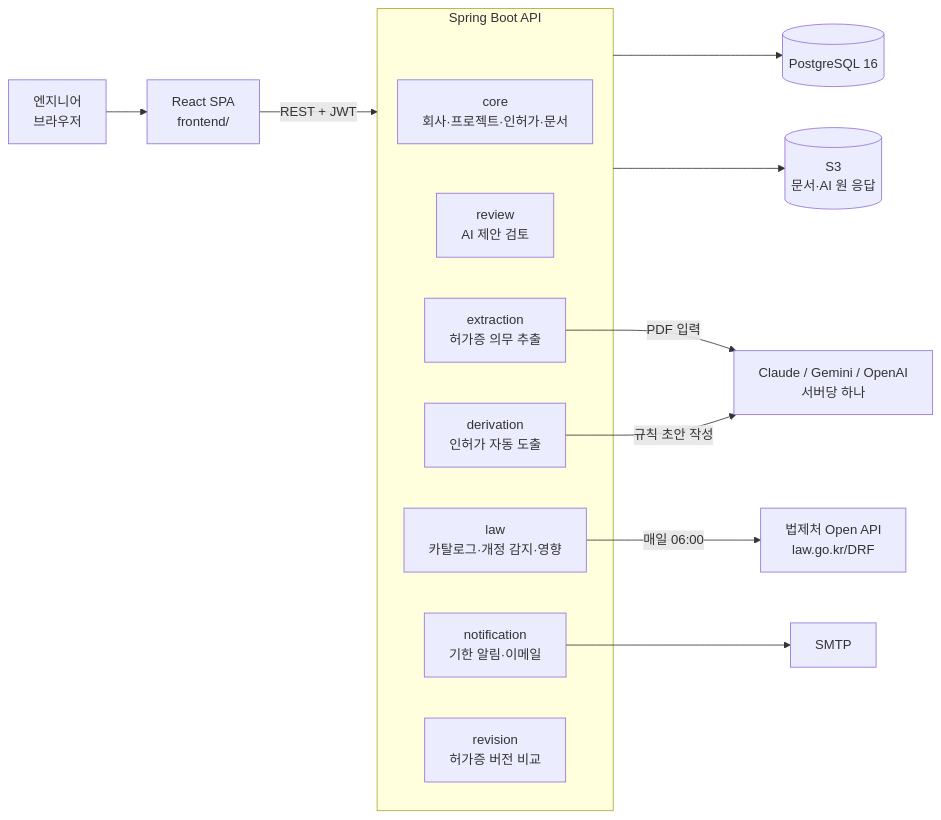
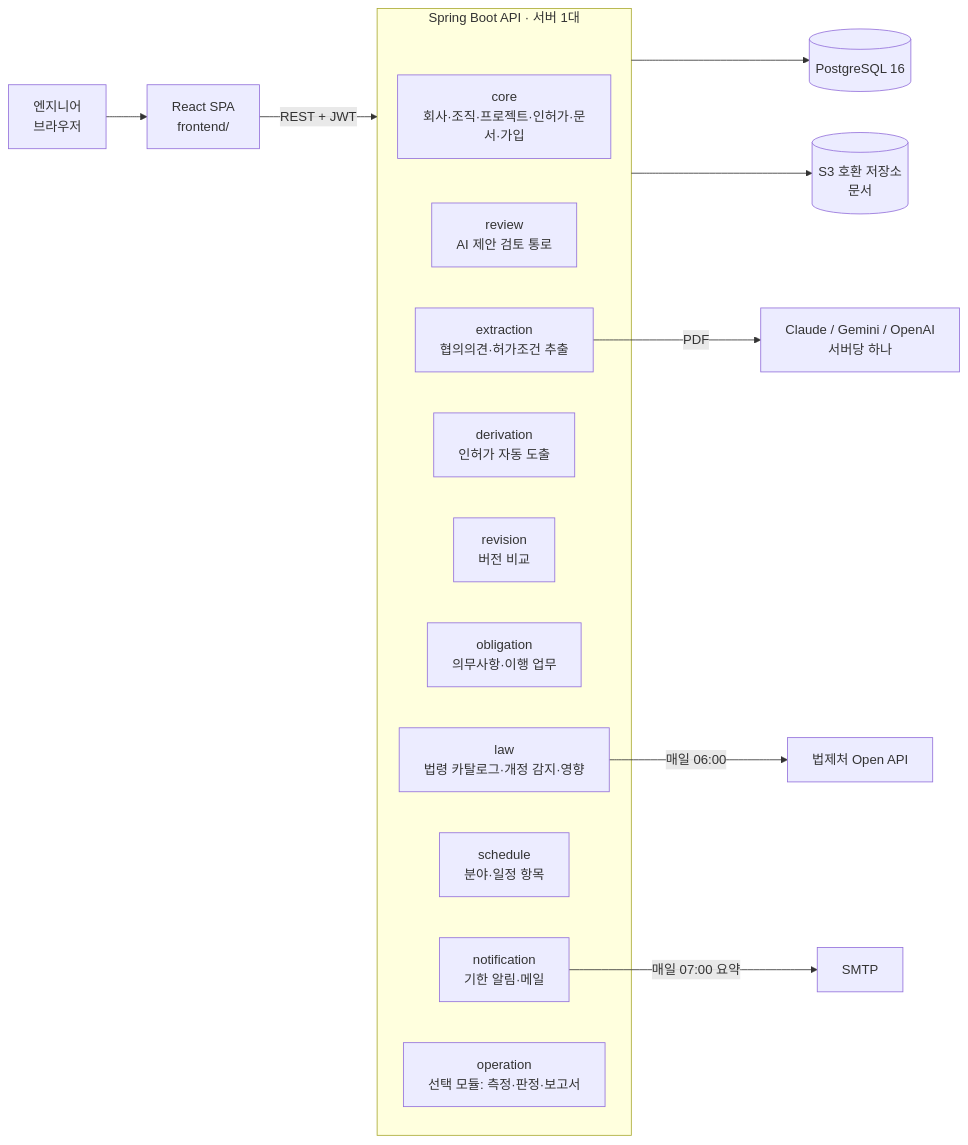
One commit to Dawit-lee/Environmental-License-System changed the first of 5 diagrams in docs/ARCHITECTURE.md. Above: the diagram before and after it, drawn with Mermaid. The commit also changed other lines of this file and 7 other files, not shown here.

Commit message:
docs: README·ARCHITECTURE를 설계사 중심 방향으로 갱신, PORTFOLIO 추가

````diff
--- a/docs/ARCHITECTURE.md
+++ b/docs/ARCHITECTURE.md
@@ -17,22 +21,24 @@
 ```mermaid
 flowchart LR
   U[엔지니어<br/>브라우저] --> FE[React SPA<br/>frontend/]
   FE -->|REST + JWT| API
 
-  subgraph API[Spring Boot API]
-    CORE[core<br/>회사·프로젝트·인허가·문서]
-    REV[review<br/>AI 제안 검토]
-    EXT[extraction<br/>허가증 의무 추출]
+  subgraph API[Spring Boot API · 서버 1대]
+    CORE[core<br/>회사·조직·프로젝트·인허가·문서·가입]
+    REV[review<br/>AI 제안 검토 통로]
+    EXT[extraction<br/>협의의견·허가조건 추출]
     DER[derivation<br/>인허가 자동 도출]
-    LAW[law<br/>카탈로그·개정 감지·영향]
-    NOTI[notification<br/>기한 알림·이메일]
-    VER[revision<br/>허가증 버전 비교]
+    VER[revision<br/>버전 비교]
+    OBL[obligation<br/>의무사항·이행 업무]
+    LAW[law<br/>법령 카탈로그·개정 감지·영향]
+    SCH[schedule<br/>분야·일정 항목]
+    NOTI[notification<br/>기한 알림·메일]
+    OPS[operation<br/>선택 모듈: 측정·판정·보고서]
   end
 
   API --> DB[(PostgreSQL 16)]
-  API --> S3[(S3<br/>문서·AI 원 응답)]
-  EXT -->|PDF 입력| LLM[Claude / Gemini / OpenAI<br/>서버당 하나]
-  DER -->|규칙 초안 작성| LLM
-  LAW -->|매일 06:00| DRF[법제처 Open API<br/>law.go.kr/DRF]
-  NOTI --> MAIL[SMTP]
+  API --> S3[(S3 호환 저장소<br/>문서)]
+  EXT -->|PDF| LLM[Claude / Gemini / OpenAI<br/>서버당 하나]
+  LAW -->|매일 06:00| DRF[법제처 Open API]
+  NOTI -->|매일 07:00 요약| MAIL[SMTP]
 ```
````
